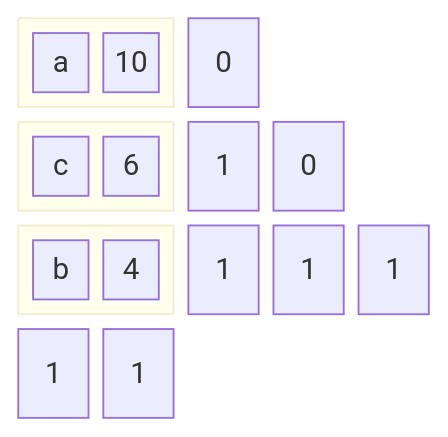
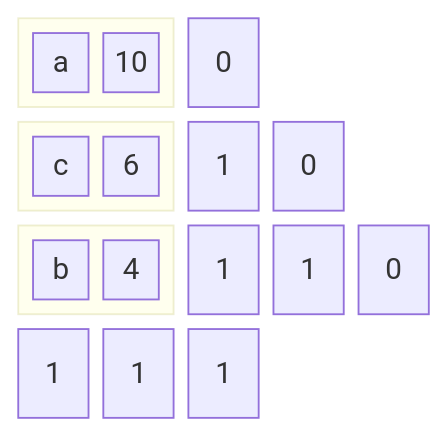
Before and after one commit to BenhurUFSM/pod26b: the eighth of 9 diagrams in Assuntos/compressao.md, drawn with Mermaid. The commit also changed other lines of this file, not shown here.

````diff
--- a/Assuntos/compressao.md
+++ b/Assuntos/compressao.md
@@ -186,24 +186,24 @@
 ```mermaid
 block
 columns 5
 block:b1:2
 columns 2
 c1["a"] v1["10"]
 end
 d0["0"] space:2
 block:b2:2
 columns 2
 c2["c"] v2["6"]
 end
 d10["1"] d11["0"] space
 block:b3:2
 columns 2
 c3["b"] v3["4"]
 end
-d20["1"] d21["1"] d31["0"]
+d20["1"] d21["1"] d22["0"]
 block:b3:2
 columns 2
 c4["d"] v4["4"]
 end
 d30["1"] d31["1"] d32["1"]
 ```
````
